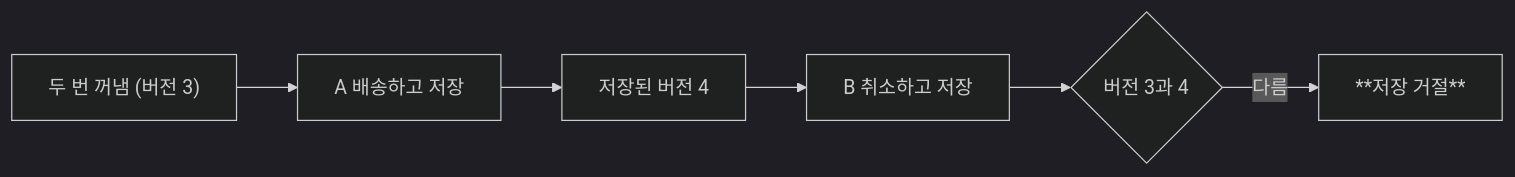
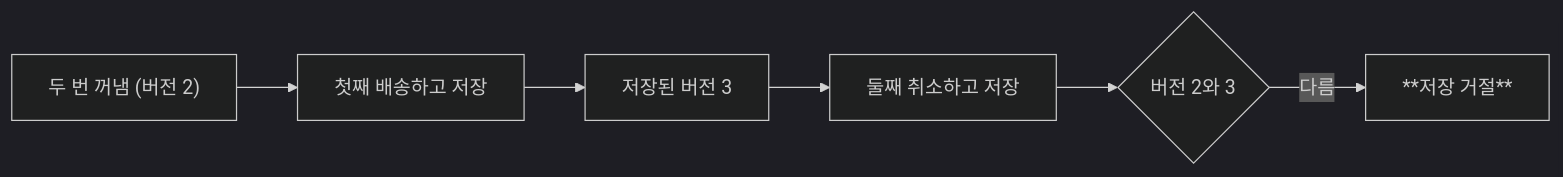
The first of 2 diagrams in .projectcode/chapters/optimistic-lock/diagrams/flow.md (busan-bank-2026/ddd-example), drawn with Mermaid (dark theme) before and after one commit. The commit also changed other lines of this file and 12 other files, not shown here.

````diff
--- a/.projectcode/chapters/optimistic-lock/diagrams/flow.md
+++ b/.projectcode/chapters/optimistic-lock/diagrams/flow.md
@@ -3,8 +3,8 @@
 ```mermaid
 flowchart LR
-  A["두 번 꺼냄 (버전 3)"] --> B[A 배송하고 저장]
-  B --> C[저장된 버전 4]
-  C --> D[B 취소하고 저장]
-  D --> E{버전 3과 4}
+  A["두 번 꺼냄 (버전 2)"] --> B[첫째 배송하고 저장]
+  B --> C[저장된 버전 3]
+  C --> D[둘째 취소하고 저장]
+  D --> E{버전 2와 3}
   E -->|다름| F[**저장 거절**]
 ```
````
